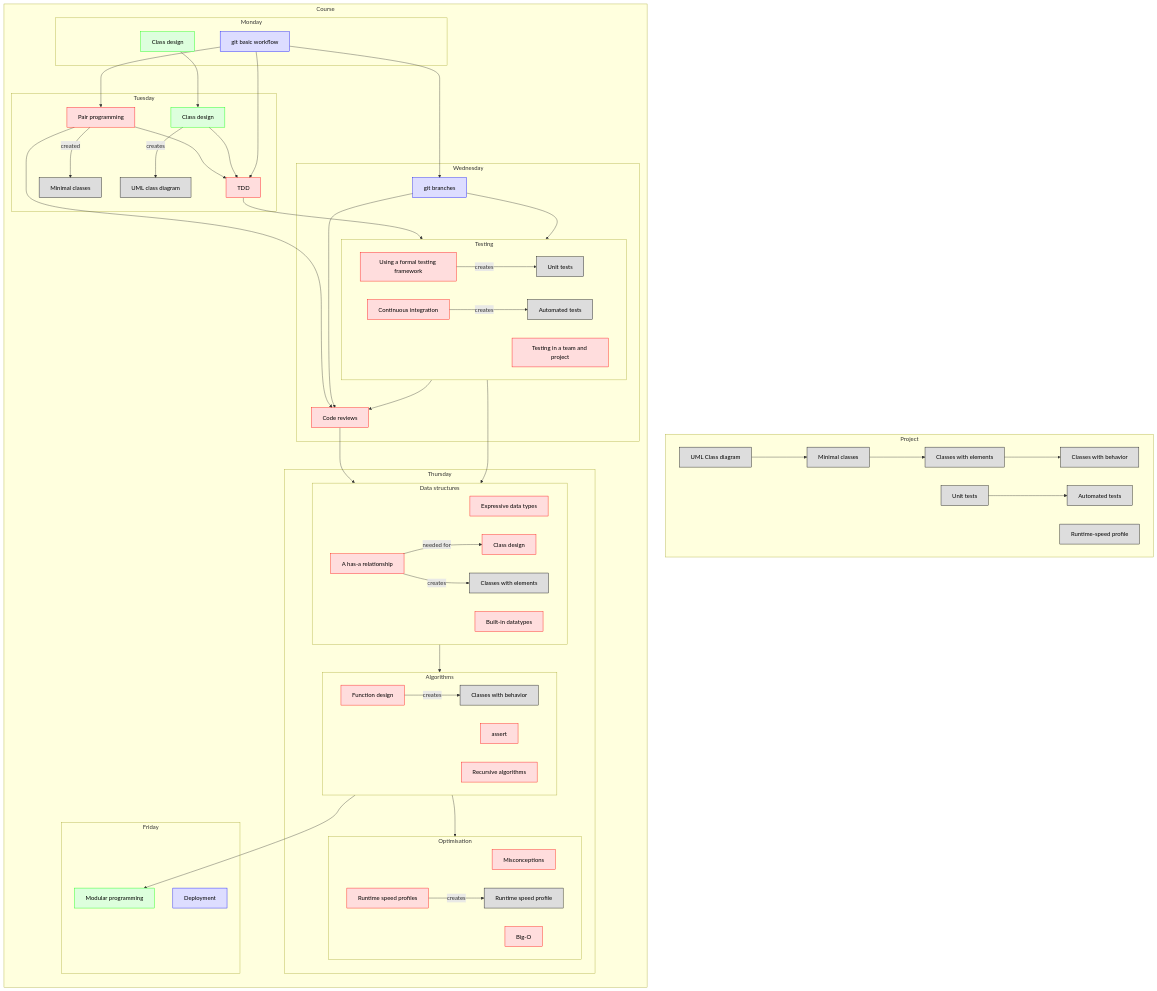
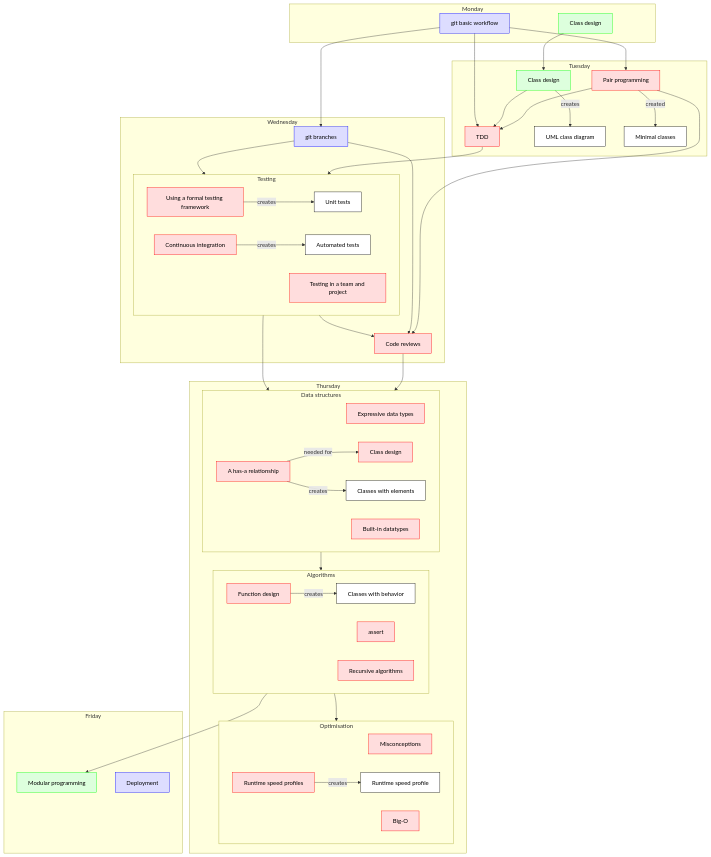
One commit to UPPMAX/programming_formalisms changed the second of 3 diagrams in docs/intro.md. Above: the diagram before and after it, drawn with Mermaid. The commit also changed other lines of this file, not shown here.

Commit message:
Show relation between project and sessions

```diff
--- a/docs/intro.md
+++ b/docs/intro.md
@@ -116,24 +116,7 @@
   classDef bjorn_node fill:#ddf,color:#000,stroke:#00f
   classDef lars_node fill:#dfd,color:#000,stroke:#0f0
   classDef richel_node fill:#fdd,color:#000,stroke:#f00
-  classDef project_node fill:#ddd,color:#000,stroke:#000
-  subgraph project[Project]
-    p_uml_class_diagram[UML Class diagram]:::project_node
-    p_minimal_classes[Minimal classes]:::project_node
-    p_unit_tests[Unit tests]:::project_node
-    p_automated_tests[Automated tests]:::project_node
-    p_classes_with_elements[Classes with elements]:::project_node
-    p_classes_with_behavior[Classes with behavior]:::project_node
-    p_runtime_speed_profile[Runtime-speed profile]:::project_node
-
-    p_uml_class_diagram ---> p_minimal_classes
-    p_minimal_classes ---> p_classes_with_elements
-    p_classes_with_elements ---> p_classes_with_behavior
-    p_unit_tests ---> p_automated_tests
-
-  end
-  subgraph course[Course]
-    direction TB
+  classDef project_node fill:#fff,color:#000,stroke:#000
   subgraph day_1[Monday]
     git_basic[git basic workflow]:::bjorn_node
     class_design[Class design]:::lars_node
@@ -183,8 +166,6 @@
     modular_programming[Modular programming]:::lars_node
     deployment[Deployment]:::bjorn_node
   end
-  end
-
 
   git_basic --> pair_programming
   pair_programming --> tdd
```
